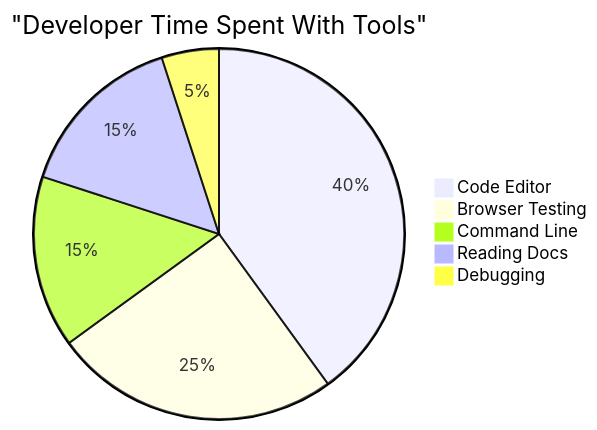
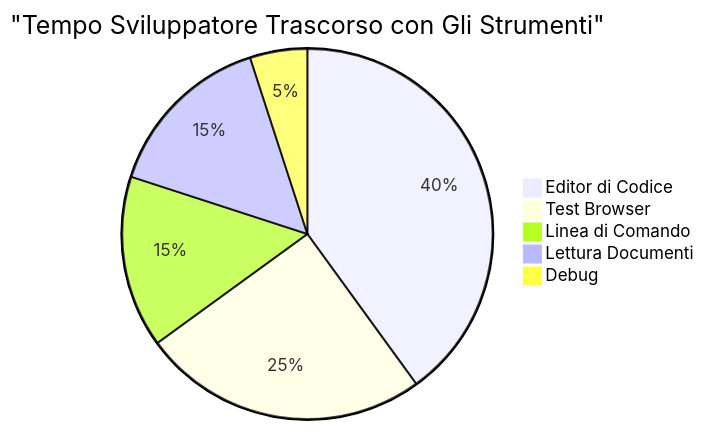
The sixth of 7 diagrams in translations/it/1-getting-started-lessons/1-intro-to-programming-languages/README.md (microsoft/Web-Dev-For-Beginners), drawn with Mermaid before and after one commit. The commit also changed other lines of this file and 11 other files, not shown here.

````diff
--- a/translations/it/1-getting-started-lessons/1-intro-to-programming-languages/README.md
+++ b/translations/it/1-getting-started-lessons/1-intro-to-programming-languages/README.md
@@ -715,8 +713,8 @@
 ```mermaid
-pie title "Developer Time Spent With Tools"
-    "Code Editor" : 40
-    "Browser Testing" : 25
-    "Command Line" : 15
-    "Reading Docs" : 15
-    "Debugging" : 5
+pie title "Tempo Sviluppatore Trascorso con Gli Strumenti"
+    "Editor di Codice" : 40
+    "Test Browser" : 25
+    "Linea di Comando" : 15
+    "Lettura Documenti" : 15
+    "Debug" : 5
 ```
````
